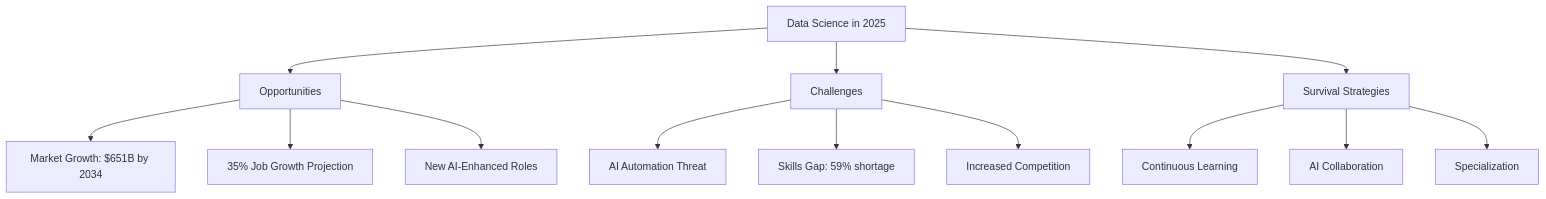
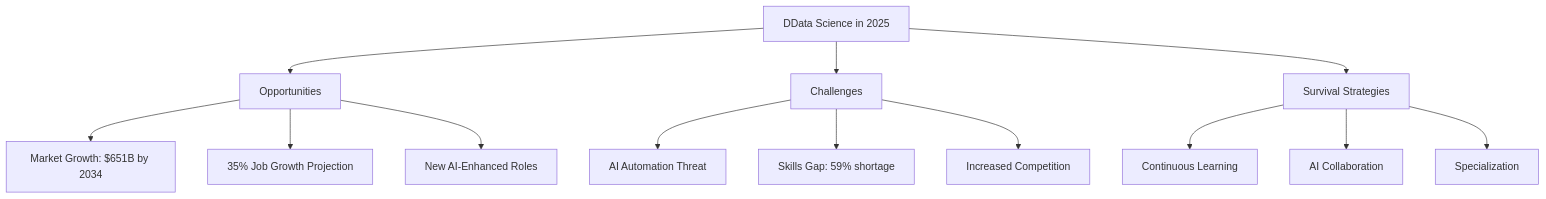
Before and after one commit to gghimire2041/AI-Articles: the first of 14 diagrams in Survive-Data-Science-2025.md, drawn with Mermaid.

````diff
--- a/Survive-Data-Science-2025.md
+++ b/Survive-Data-Science-2025.md
@@ -11,18 +11,18 @@
 ```mermaid
 graph TD
-    A[Data Science in 2025] --> B[Opportunities]
+    A[DData Science in 2025] --> B[Opportunities]
     A --> C[Challenges]
     A --> D[Survival Strategies]
     
     B --> B1[Market Growth: $651B by 2034]
     B --> B2[35% Job Growth Projection]
     B --> B3[New AI-Enhanced Roles]
     
     C --> C1[AI Automation Threat]
     C --> C2[Skills Gap: 59% shortage]
     C --> C3[Increased Competition]
     
     D --> D1[Continuous Learning]
     D --> D2[AI Collaboration]
     D --> D3[Specialization]
 ```
````
